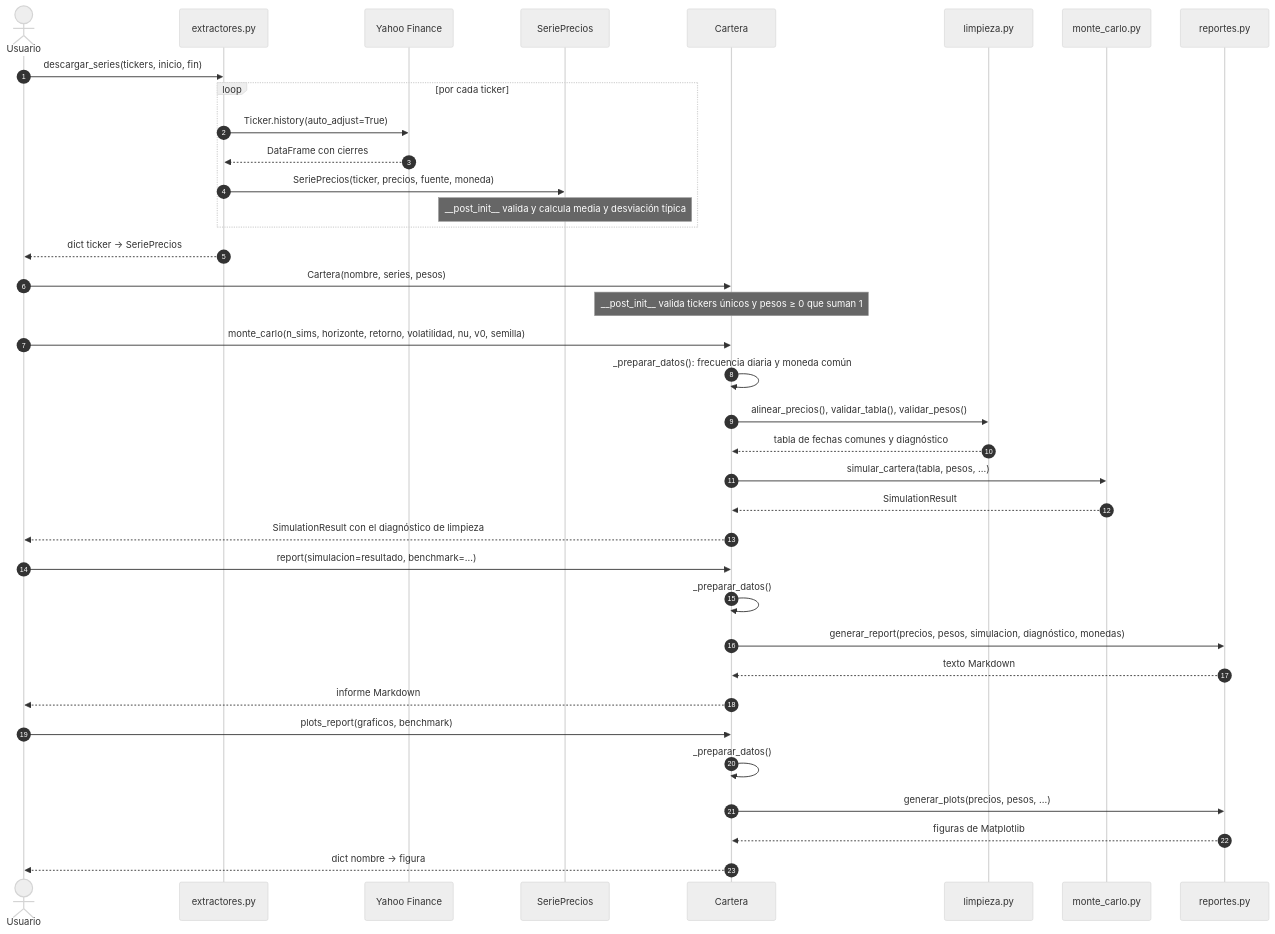
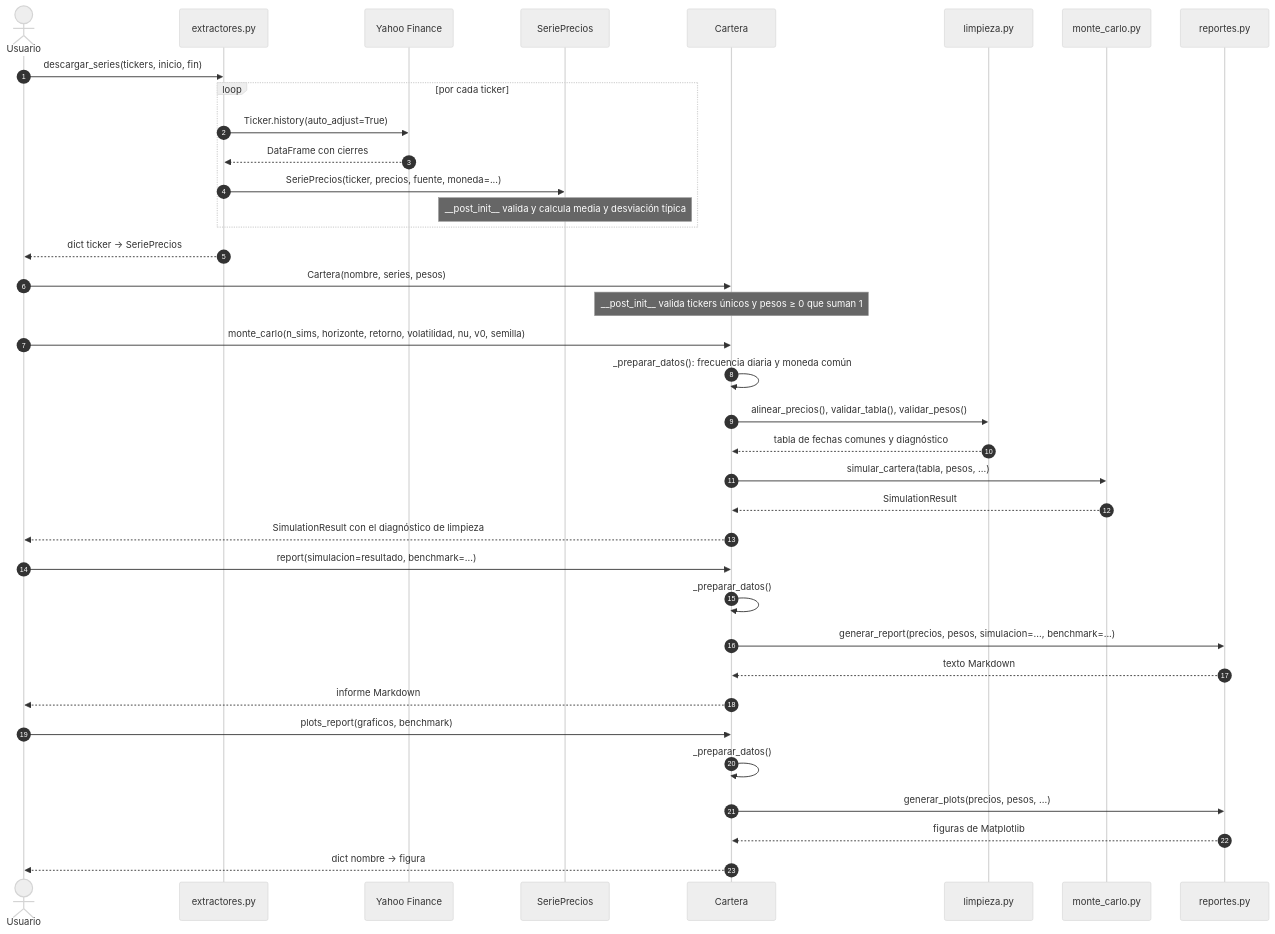
Before and after one commit to raaauulg/portfolio-risk-toolkit: the diagram in docs/arquitectura.md, drawn with Mermaid (neutral theme). The commit also changed other lines of this file and 5 other files, not shown here.

````diff
--- a/docs/arquitectura.md
+++ b/docs/arquitectura.md
@@ -54,44 +54,44 @@
 ```mermaid
 sequenceDiagram
     autonumber
     actor U as Usuario
     participant E as extractores.py
     participant Y as Yahoo Finance
     participant S as SeriePrecios
     participant C as Cartera
     participant L as limpieza.py
     participant M as monte_carlo.py
     participant R as reportes.py
 
     U->>E: descargar_series(tickers, inicio, fin)
     loop por cada ticker
         E->>Y: Ticker.history(auto_adjust=True)
         Y-->>E: DataFrame con cierres
-        E->>S: SeriePrecios(ticker, precios, fuente, moneda)
+        E->>S: SeriePrecios(ticker, precios, fuente, moneda=...)
         Note over S: __post_init__ valida y calcula media y desviación típica
     end
     E-->>U: dict ticker → SeriePrecios
 
     U->>C: Cartera(nombre, series, pesos)
     Note over C: __post_init__ valida tickers únicos y pesos ≥ 0 que suman 1
 
     U->>C: monte_carlo(n_sims, horizonte, retorno, volatilidad, nu, v0, semilla)
     C->>C: _preparar_datos(): frecuencia diaria y moneda común
     C->>L: alinear_precios(), validar_tabla(), validar_pesos()
     L-->>C: tabla de fechas comunes y diagnóstico
     C->>M: simular_cartera(tabla, pesos, ...)
     M-->>C: SimulationResult
     C-->>U: SimulationResult con el diagnóstico de limpieza
 
     U->>C: report(simulacion=resultado, benchmark=...)
     C->>C: _preparar_datos()
-    C->>R: generar_report(precios, pesos, simulacion, diagnóstico, monedas)
+    C->>R: generar_report(precios, pesos, simulacion=..., benchmark=...)
     R-->>C: texto Markdown
     C-->>U: informe Markdown
 
     U->>C: plots_report(graficos, benchmark)
     C->>C: _preparar_datos()
     C->>R: generar_plots(precios, pesos, ...)
     R-->>C: figuras de Matplotlib
     C-->>U: dict nombre → figura
 ```
````
